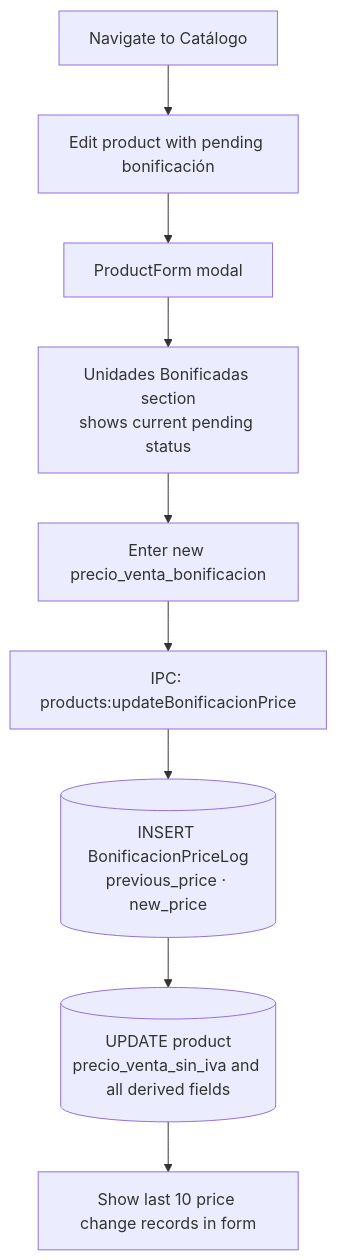
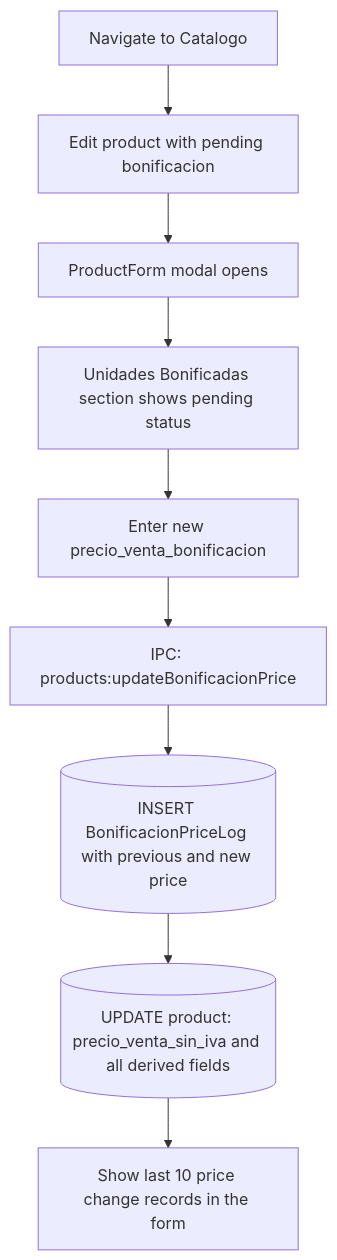
One commit to seqencia/InventoryProyectHome changed the second of 3 diagrams in docs/diagrams/FLOW-STOCK.md. Above: the diagram before and after it, drawn with Mermaid. The commit also changed other lines of this file and 6 other files, not shown here.

First line of the commit message:
fix: correct Mermaid syntax errors in all diagrams

````diff
--- a/docs/diagrams/FLOW-STOCK.md
+++ b/docs/diagrams/FLOW-STOCK.md
@@ -65,11 +62,11 @@
 ```mermaid
 flowchart TD
-    NAV2[Navigate to Catálogo] --> EDIT[Edit product with pending bonificación]
-    EDIT --> PFFORM[ProductForm modal]
-    PFFORM --> BONUSSEC[Unidades Bonificadas section\nshows current pending status]
+    NAV2[Navigate to Catalogo] --> EDIT[Edit product with pending bonificacion]
+    EDIT --> PFFORM[ProductForm modal opens]
+    PFFORM --> BONUSSEC[Unidades Bonificadas section shows pending status]
     BONUSSEC --> SETPRICE2[Enter new precio_venta_bonificacion]
     SETPRICE2 --> IPC2[IPC: products:updateBonificacionPrice]
-    IPC2 --> LOG[(INSERT BonificacionPriceLog\nprevious_price · new_price)]
-    LOG --> UPDPROD2[(UPDATE product\nprecio_venta_sin_iva and all derived fields)]
-    UPDPROD2 --> HISTORY[Show last 10 price change records in form]
+    IPC2 --> LOG[(INSERT BonificacionPriceLog with previous and new price)]
+    LOG --> UPDPROD2[(UPDATE product: precio_venta_sin_iva and all derived fields)]
+    UPDPROD2 --> HISTORY[Show last 10 price change records in the form]
 ```
````
